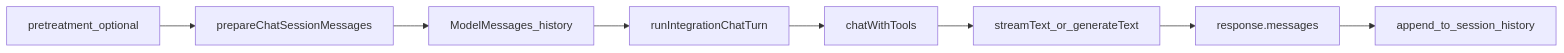
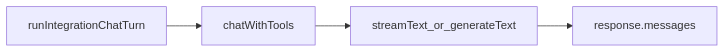
One commit to kshehadeh/toby changed the second of 2 diagrams in docs/chat-pipeline.md. Above: the diagram before and after it, drawn with Mermaid. The commit also changed other lines of this file and 8 other files, not shown here.

First line of the commit message:
docs(chat-pipeline): document node pipeline architecture

````diff
--- a/docs/chat-pipeline.md
+++ b/docs/chat-pipeline.md
@@ -7,10 +83,6 @@
 ```mermaid
 flowchart LR
-pretreat[pretreatment_optional] --> prepare[prepareChatSessionMessages]
-prepare --> messages[ModelMessages_history]
-messages --> runTurn[runIntegrationChatTurn]
-runTurn --> chatWithTools[chatWithTools]
+runTurn[runIntegrationChatTurn] --> chatWithTools[chatWithTools]
 chatWithTools --> modelCall[streamText_or_generateText]
 modelCall --> responseMsgs[response.messages]
-responseMsgs --> store[append_to_session_history]
 ```
````
